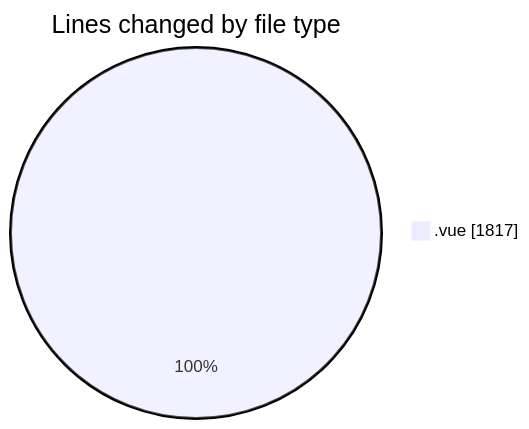
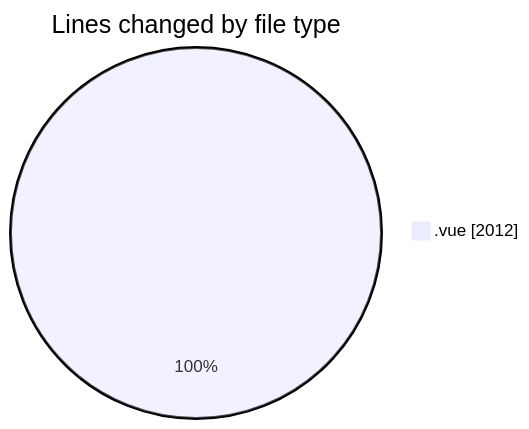
The first of 2 diagrams in 2025-03-14/lumine-web/README.md (robertbonfada/code-tracking), drawn with Mermaid before and after one commit. The commit also changed other lines of this file and 1 other file, not shown here.

````diff
--- a/2025-03-14/lumine-web/README.md
+++ b/2025-03-14/lumine-web/README.md
@@ -24,5 +25,5 @@
 ```mermaid
 pie showData
 title Lines changed by file type
-".vue" : 1817
+".vue" : 2012
 ```
````
